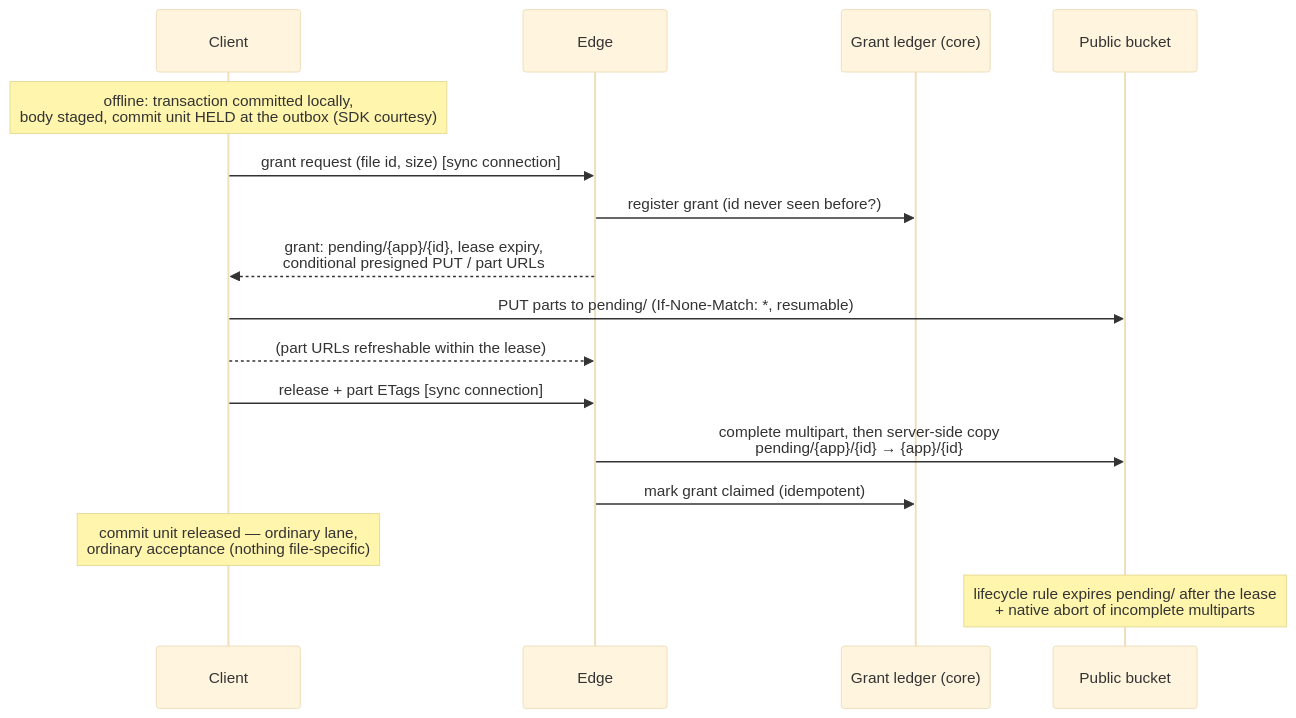
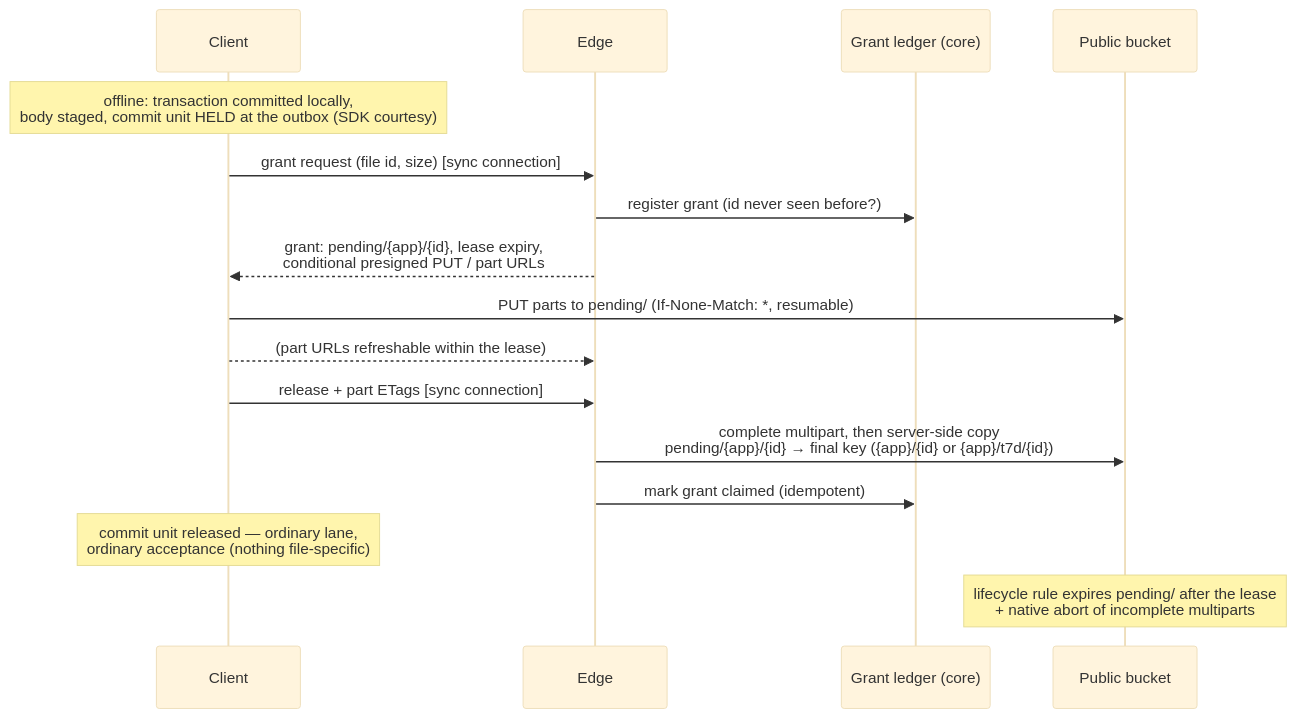
Before and after one commit to garden-co/jazz: the second of 3 diagrams in docs/superpowers/specs/2026-07-09-files-design-explained.md, drawn with Mermaid (base theme). The commit also changed other lines of this file and 2 other files, not shown here.

Commit message:
Add file TTL classes via key-prefix lifecycle rules

````diff
--- a/docs/superpowers/specs/2026-07-09-files-design-explained.md
+++ b/docs/superpowers/specs/2026-07-09-files-design-explained.md
@@ -176,19 +178,19 @@
 ```mermaid
 sequenceDiagram
     participant C as Client
     participant E as Edge
     participant K as Grant ledger (core)
     participant S3 as Public bucket
 
     Note over C: offline: transaction committed locally,<br/>body staged, commit unit HELD at the outbox (SDK courtesy)
     C->>E: grant request (file id, size)        [sync connection]
     E->>K: register grant (id never seen before?)
     E-->>C: grant: pending/{app}/{id}, lease expiry,<br/>conditional presigned PUT / part URLs
     C->>S3: PUT parts to pending/ (If-None-Match: *, resumable)
     C-->>E: (part URLs refreshable within the lease)
     C->>E: release + part ETags                 [sync connection]
-    E->>S3: complete multipart, then server-side copy<br/>pending/{app}/{id} → {app}/{id}
+    E->>S3: complete multipart, then server-side copy<br/>pending/{app}/{id} → final key ({app}/{id} or {app}/t7d/{id})
     E->>K: mark grant claimed (idempotent)
     Note over C: commit unit released — ordinary lane,<br/>ordinary acceptance (nothing file-specific)
     Note over S3: lifecycle rule expires pending/ after the lease<br/>+ native abort of incomplete multiparts
 ```
````
